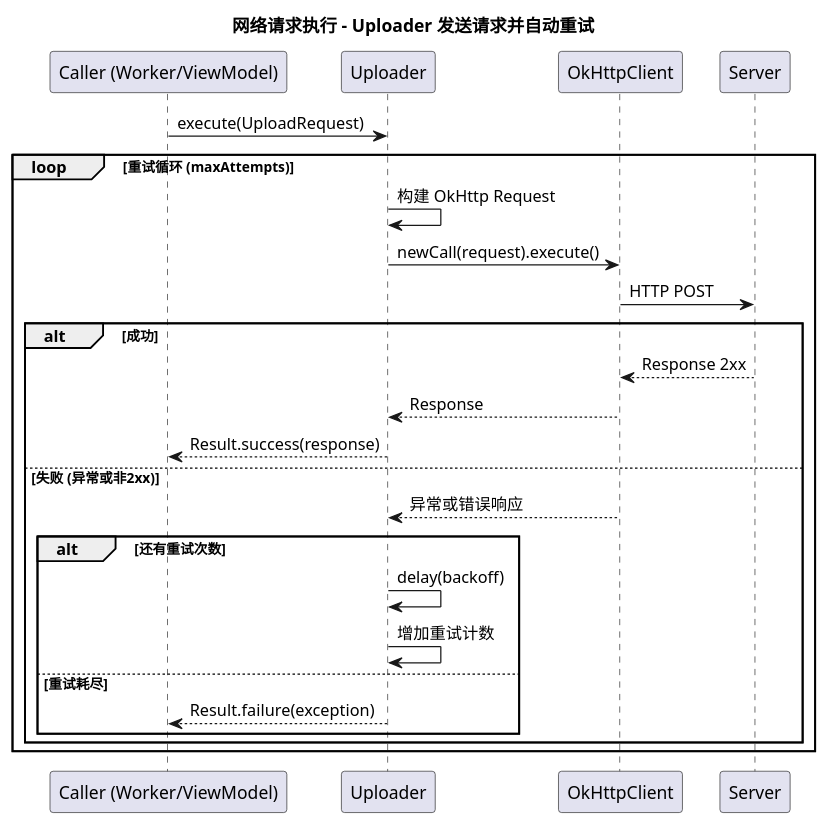
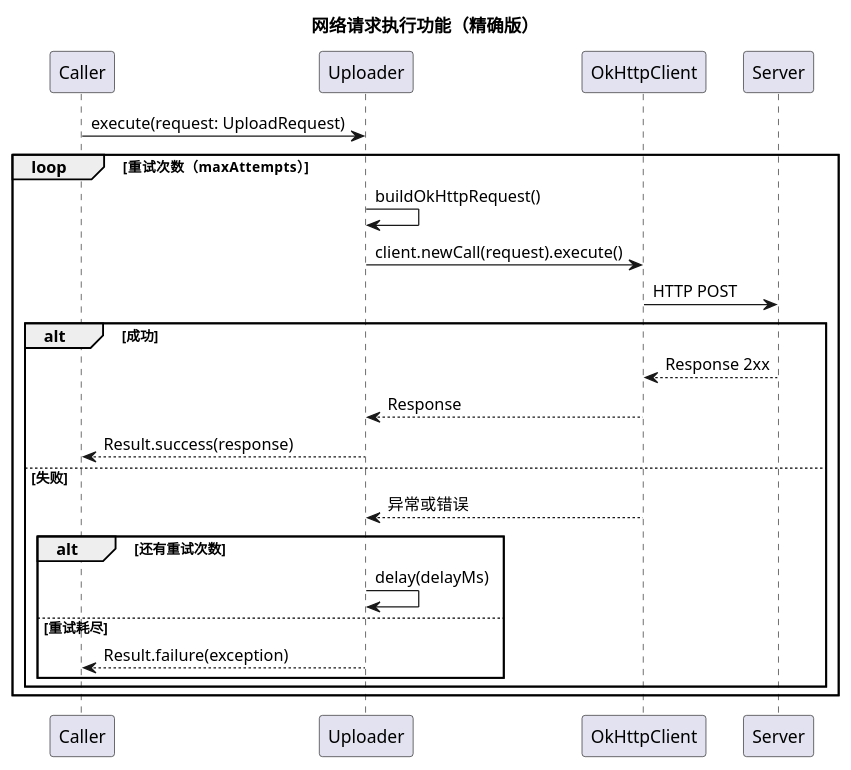
Before and after one commit to yzsgith/Android_client: the diagram in developer_doc/http_uploader.plantuml, drawn with PlantUML. The commit also changed 39 other files, not shown here.

Commit message:
对每一个功能对应的唯时序图进行了规范，使其作为二次开发的利器,并增加了read.md，用以描述核心理念和二次开发流程

```diff
--- a/developer_doc/http_uploader.plantuml
+++ b/developer_doc/http_uploader.plantuml
@@ -1,28 +1,27 @@
 @startuml
-title 网络请求执行 - Uploader 发送请求并自动重试
+title 网络请求执行功能（精确版）
 
-participant "Caller (Worker/ViewModel)" as Caller
+participant "Caller" as Caller
 participant "Uploader" as Uploader
 participant "OkHttpClient" as Client
 participant "Server" as Server
 
-Caller -> Uploader: execute(UploadRequest)
-loop 重试循环 (maxAttempts)
-    Uploader -> Uploader: 构建 OkHttp Request
-    Uploader -> Client: newCall(request).execute()
+Caller -> Uploader: execute(request: UploadRequest)
+loop 重试次数（maxAttempts）
+    Uploader -> Uploader: buildOkHttpRequest()
+    Uploader -> Client: client.newCall(request).execute()
     Client -> Server: HTTP POST
     alt 成功
         Server --> Client: Response 2xx
         Client --> Uploader: Response
         Uploader --> Caller: Result.success(response)
-    else 失败 (异常或非2xx)
-        Client --> Uploader: 异常或错误响应
+    else 失败
+        Client --> Uploader: 异常或错误
         alt 还有重试次数
-            Uploader -> Uploader: delay(backoff)
-            Uploader -> Uploader: 增加重试计数
+            Uploader -> Uploader: delay(delayMs)
         else 重试耗尽
             Uploader --> Caller: Result.failure(exception)
         end
     end
 end
 @enduml
```
